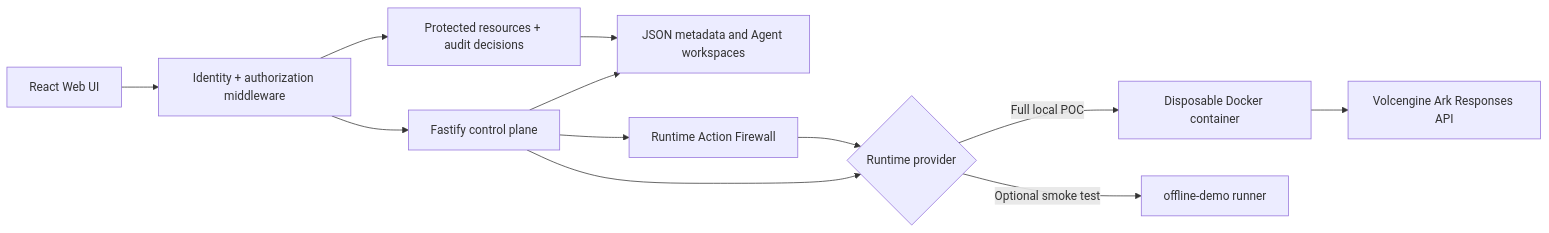
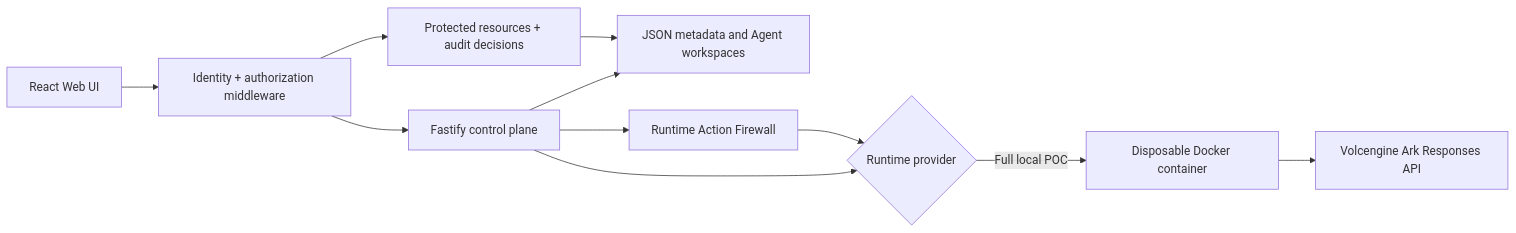
One commit to alsonsim/Agent_Trust_Gateway changed the diagram in README.md. Above: the diagram before and after it, drawn with Mermaid. The commit also changed other lines of this file, not shown here.

````diff
--- a/README.md
+++ b/README.md
@@ -330,14 +310,13 @@
 ```mermaid
 flowchart LR
     UI["React Web UI"] --> Auth["Identity + authorization middleware"]
     Auth --> API["Fastify control plane"]
     Auth --> Policy["Protected resources + audit decisions"]
     Policy --> Store["Local JSON data"]
     API --> Store["JSON metadata and Agent workspaces"]
     API --> Firewall["Runtime Action Firewall"]
     Firewall --> Runtime
     API --> Runtime{"Runtime provider"}
     Runtime -->|Full local POC| Container["Disposable Docker container"]
-    Runtime -->|Optional smoke test| Offline["offline-demo runner"]
     Container --> Ark["Volcengine Ark Responses API"]
 ```
````
